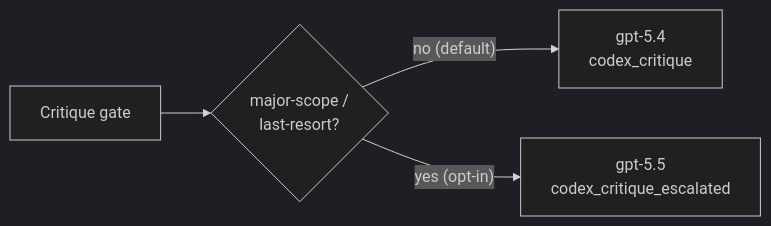
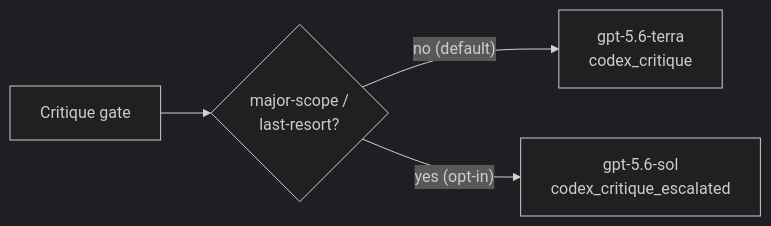
Before and after one commit to lebobo88/pair-programmer: the fifth of 7 diagrams in ARCHITECTURE.md, drawn with Mermaid. The commit also changed other lines of this file and 105 other files, not shown here.

````diff
--- a/ARCHITECTURE.md
+++ b/ARCHITECTURE.md
@@ -330,7 +331,7 @@
 ```mermaid
 %%{init: {'theme':'dark'}}%%
 flowchart LR
     GATE["Critique gate"] --> DEF{"major-scope /<br/>last-resort?"}
-    DEF -- "no (default)" --> G54["gpt-5.4<br/>codex_critique"]
-    DEF -- "yes (opt-in)" --> G55["gpt-5.5<br/>codex_critique_escalated"]
+    DEF -- "no (default)" --> G56T["gpt-5.6-terra<br/>codex_critique"]
+    DEF -- "yes (opt-in)" --> G56S["gpt-5.6-sol<br/>codex_critique_escalated"]
 ```
````
